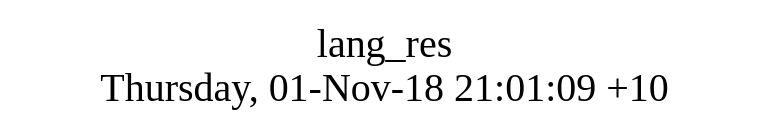
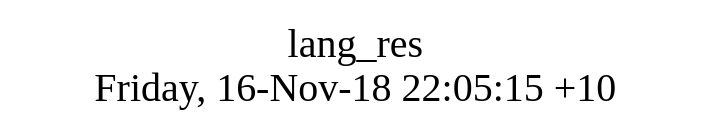
The diagram in src/lang_res/struct.dot (AplaProject/apps), drawn with Graphviz before and after one commit. The commit also changed 114 other files, not shown here.

```diff
--- a/src/lang_res/struct.dot
+++ b/src/lang_res/struct.dot
@@ -1,8 +1,8 @@
 digraph G {
 fontsize="24";
-label="lang_res\nThursday, 01-Nov-18 21:01:09 +10";
+label="lang_res\nFriday, 16-Nov-18 22:05:15 +10";
 nojustify=true;
 ordering=out;
 rankdir=LR;
 size="30";
 }
```
